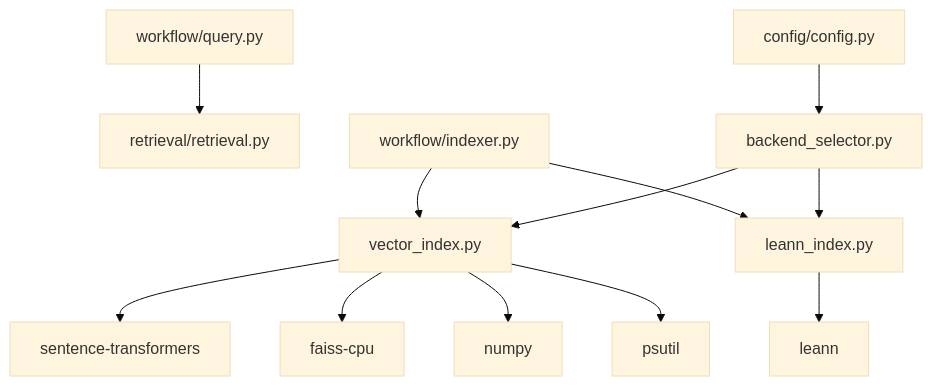
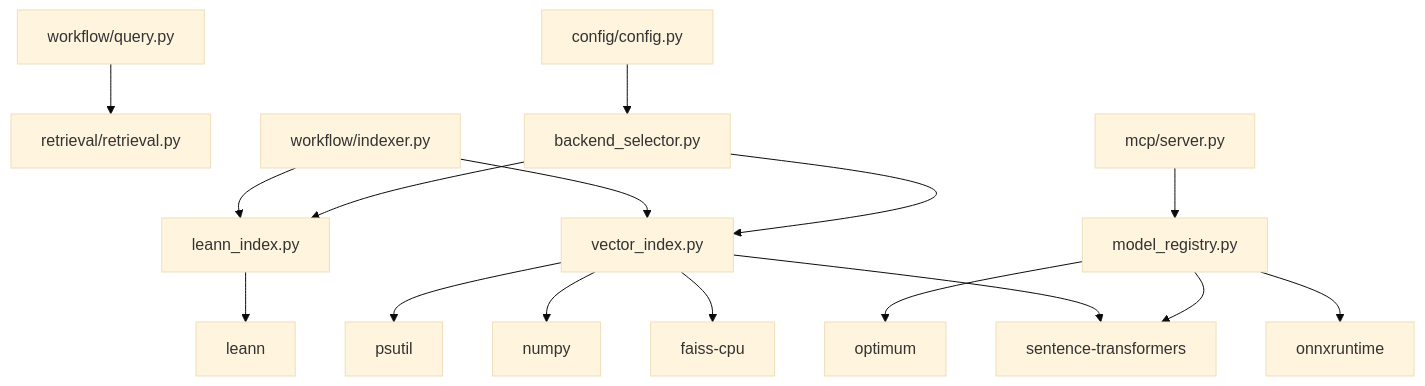
Diagram 11 of 11 in .qoder/repowiki/en/content/Core Modules/Vector Index System/Vector Index System.md (maemreyo/zmr-ctx-paker), drawn with Mermaid (base theme) before and after one commit. The commit also changed other lines of this file and 94 other files, not shown here.

````diff
--- a/.qoder/repowiki/en/content/Core Modules/Vector Index System/Vector Index System.md
+++ b/.qoder/repowiki/en/content/Core Modules/Vector Index System/Vector Index System.md
@@ -406,14 +505,18 @@
 ```mermaid
 graph TB
 VI["vector_index.py"] --> ST["sentence-transformers"]
 VI --> FAISS["faiss-cpu"]
 VI --> NP["numpy"]
 VI --> PS["psutil"]
 LEANN["leann_index.py"] --> LEANNLIB["leann"]
 QRY["workflow/query.py"] --> RET["retrieval/retrieval.py"]
 IDX["workflow/indexer.py"] --> VI
 IDX --> LEANN
 CFG["config/config.py"] --> BS["backend_selector.py"]
 BS --> VI
 BS --> LEANN
+REG["model_registry.py"] --> ST
+REG --> ORT["onnxruntime"]
+REG --> OPT["optimum"]
+MCP["mcp/server.py"] --> REG
 ```
````
